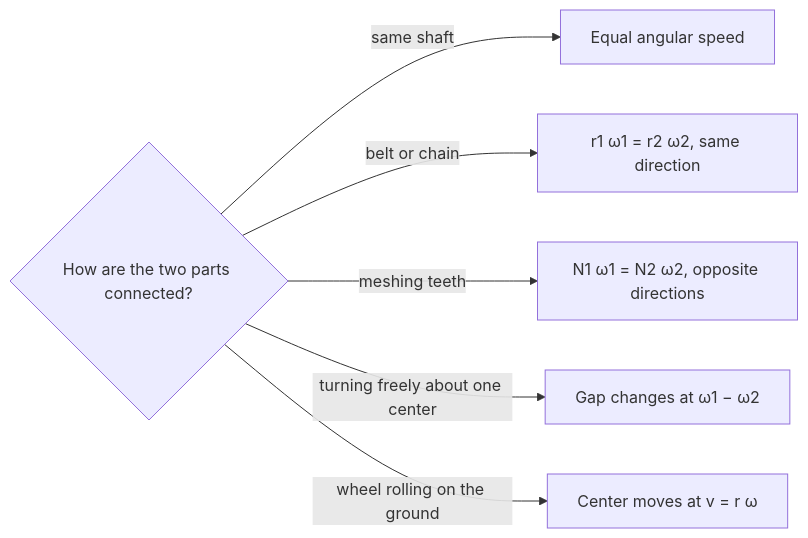
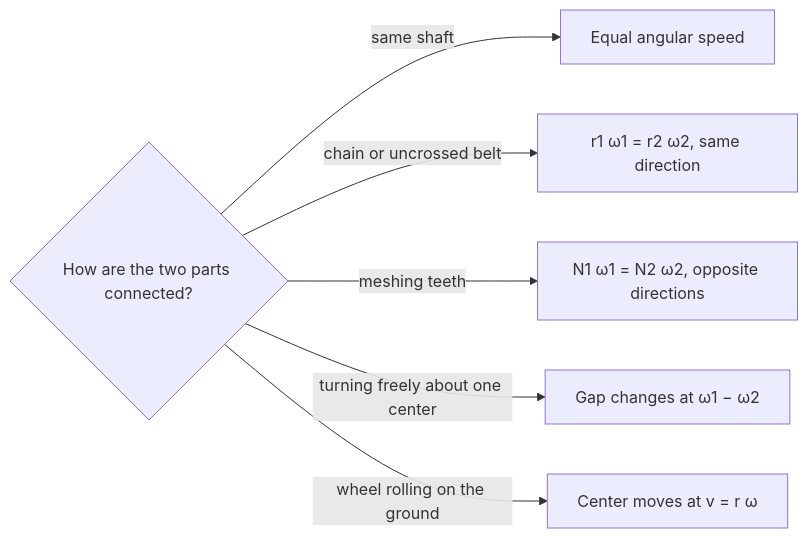
Before and after one commit to Aziliz/erudior: the diagram in content/math/trigonometry/lessons/04h2-relative-rotation.md, drawn with Mermaid. The commit also changed other lines of this file and 17 other files, not shown here.

````diff
--- a/content/math/trigonometry/lessons/04h2-relative-rotation.md
+++ b/content/math/trigonometry/lessons/04h2-relative-rotation.md
@@ -197,11 +197,11 @@
 ```mermaid
 flowchart LR
   accTitle: Choosing the rule that links two rotating parts
-  accDescr: Start by asking how the two parts are connected. If they are fixed on the same shaft, they have equal angular speed. If a belt or chain links them, r1 omega1 equals r2 omega2 and they turn the same way. If their teeth mesh, N1 omega1 equals N2 omega2 and they turn opposite ways. If they turn freely about the same center, as clock hands do, the angle between them changes at omega1 minus omega2. If a wheel rolls on the ground without slipping, the center moves at v equals r omega.
+  accDescr: Start by asking how the two parts are connected. If they are fixed on the same shaft, they have equal angular speed. If a chain or an uncrossed belt links them, r1 omega1 equals r2 omega2 and they turn the same way. If their teeth mesh, N1 omega1 equals N2 omega2 and they turn opposite ways. If they turn freely about the same center, as clock hands do, the angle between them changes at omega1 minus omega2. If a wheel rolls on the ground without slipping, the center moves at v equals r omega.
   Q{"How are the two parts connected?"}
   Q -->|"same shaft"| A["Equal angular speed"]
-  Q -->|"belt or chain"| B["r1 ω1 = r2 ω2, same direction"]
+  Q -->|"chain or uncrossed belt"| B["r1 ω1 = r2 ω2, same direction"]
   Q -->|"meshing teeth"| C["N1 ω1 = N2 ω2, opposite directions"]
   Q -->|"turning freely about one center"| D["Gap changes at ω1 − ω2"]
   Q -->|"wheel rolling on the ground"| E["Center moves at v = r ω"]
 ```
````
